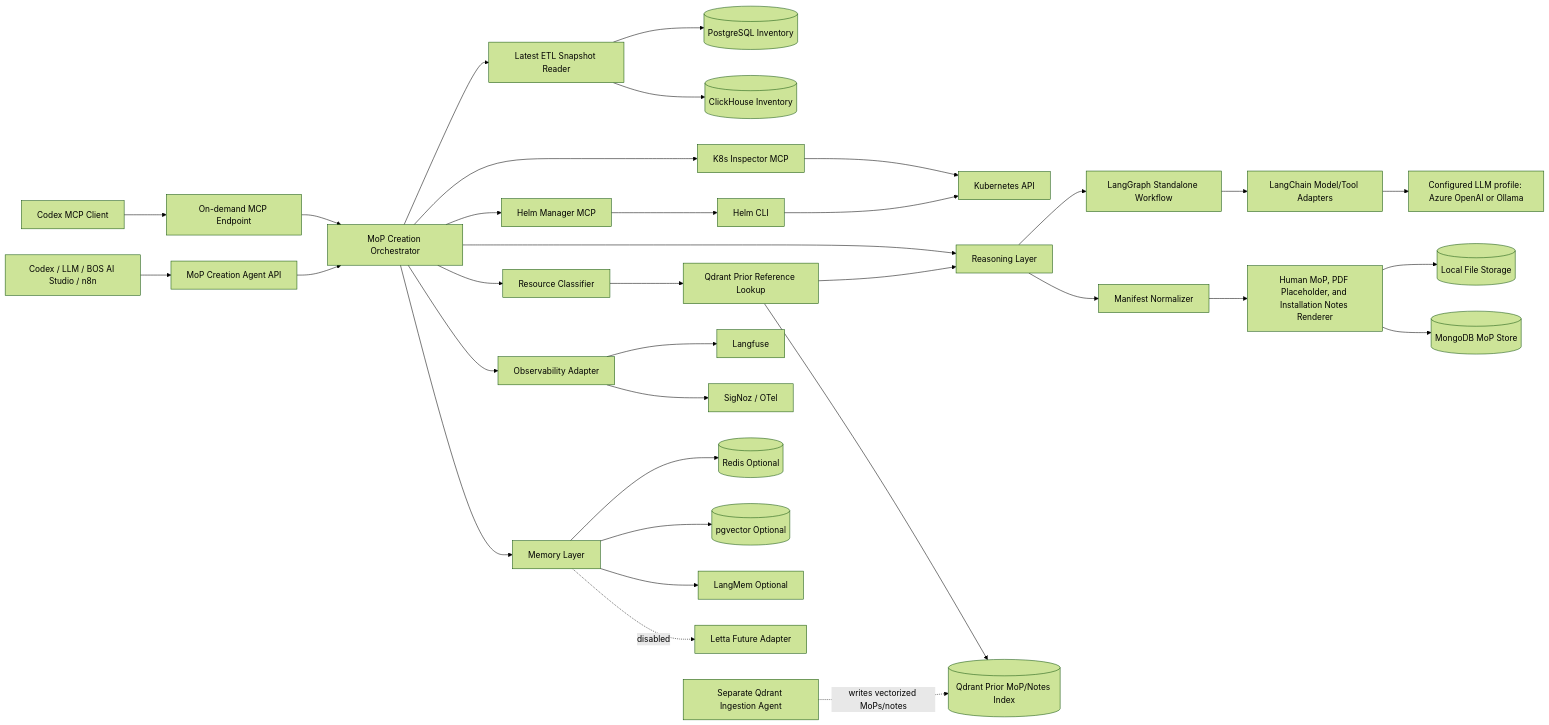
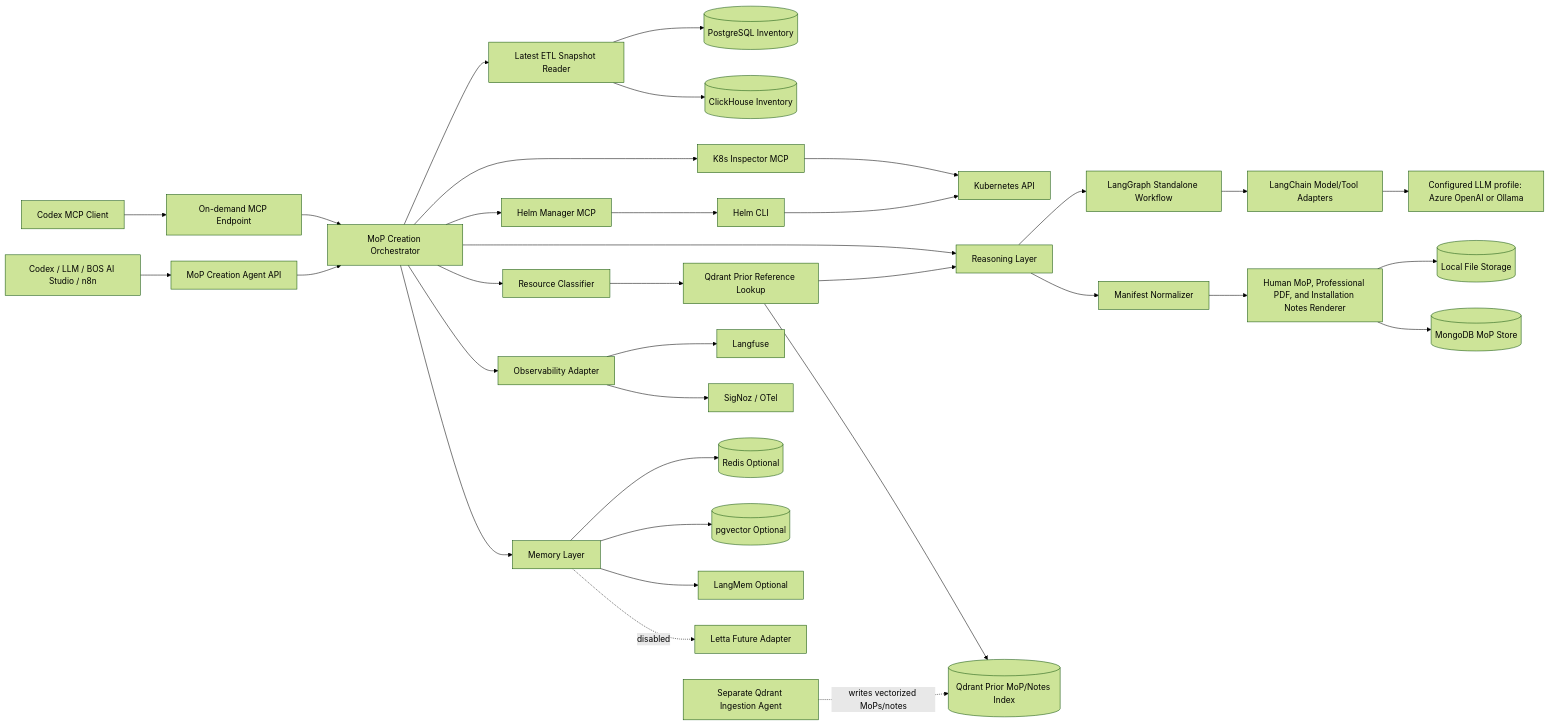
The first of 5 diagrams in docs/02_HLD_MOP_CREATION_AGENT.md (aveeshek/bosgenesis-mop-creation-agent), drawn with Mermaid (forest theme) before and after one commit. The commit also changed other lines of this file and 26 other files, not shown here.

Commit message:
Implement phase 7 professional PDF renderer

````diff
--- a/docs/02_HLD_MOP_CREATION_AGENT.md
+++ b/docs/02_HLD_MOP_CREATION_AGENT.md
@@ -16,42 +16,42 @@
 ```mermaid
 flowchart LR
     Caller["Codex / LLM / BOS AI Studio / n8n"] --> API["MoP Creation Agent API"]
     Codex["Codex MCP Client"] --> MCP["On-demand MCP Endpoint"]
     MCP --> Orchestrator["MoP Creation Orchestrator"]
     API --> Orchestrator
 
     Orchestrator --> Snapshot["Latest ETL Snapshot Reader"]
     Snapshot --> PG[("PostgreSQL Inventory")]
     Snapshot --> CH[("ClickHouse Inventory")]
 
     Orchestrator --> K8S["K8s Inspector MCP"]
     Orchestrator --> HELM["Helm Manager MCP"]
     K8S --> KAPI["Kubernetes API"]
     HELM --> HCLI["Helm CLI"]
     HCLI --> KAPI
 
     Orchestrator --> Classifier["Resource Classifier"]
     Orchestrator --> Reasoning["Reasoning Layer"]
     Reasoning --> LangGraph["LangGraph Standalone Workflow"]
     LangGraph --> LangChain["LangChain Model/Tool Adapters"]
     LangChain --> LLM["Configured LLM profile: Azure OpenAI or Ollama"]
     Classifier --> Retrieval["Qdrant Prior Reference Lookup"]
     Retrieval --> Qdrant[("Qdrant Prior MoP/Notes Index")]
     Ingestion["Separate Qdrant Ingestion Agent"] -. "writes vectorized MoPs/notes" .-> Qdrant
     Retrieval --> Reasoning
     Reasoning --> Normalizer["Manifest Normalizer"]
-    Normalizer --> Renderer["Human MoP, PDF Placeholder, and Installation Notes Renderer"]
+    Normalizer --> Renderer["Human MoP, Professional PDF, and Installation Notes Renderer"]
 
     Renderer --> Local[("Local File Storage")]
     Renderer --> Mongo[("MongoDB MoP Store")]
 
     Orchestrator --> Obs["Observability Adapter"]
     Obs --> Langfuse["Langfuse"]
     Obs --> SigNoz["SigNoz / OTel"]
 
     Orchestrator --> Memory["Memory Layer"]
     Memory --> Redis[("Redis Optional")]
     Memory --> PGV[("pgvector Optional")]
     Memory --> LangMem["LangMem Optional"]
     Memory -. "disabled" .-> Letta["Letta Future Adapter"]
 ```
````
